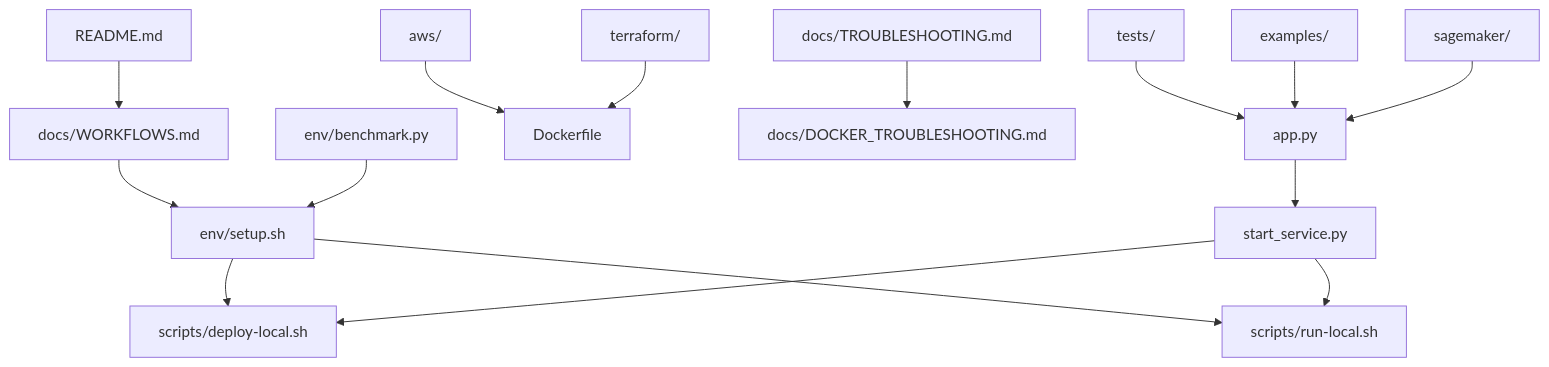
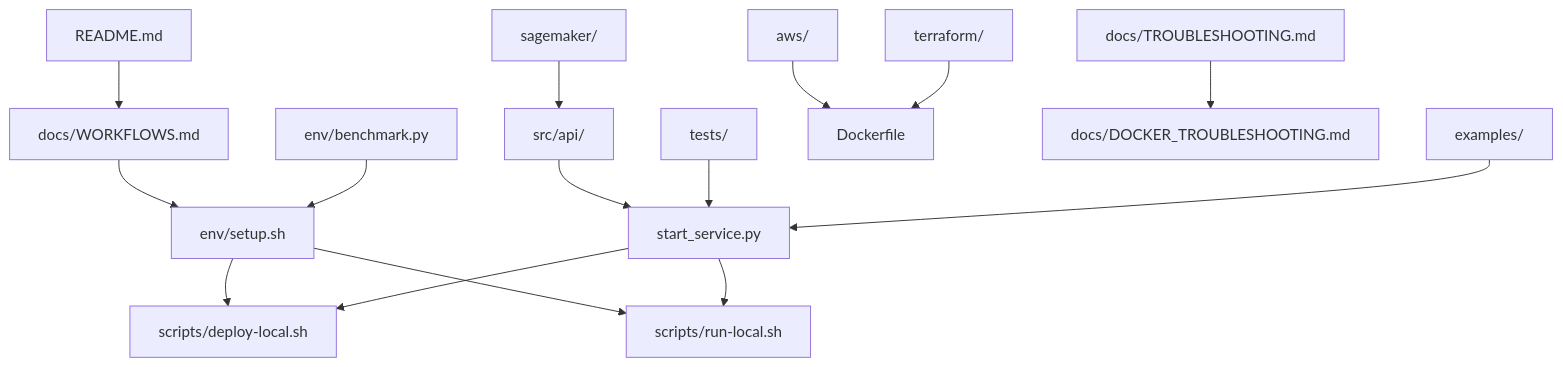
Before and after one commit to vvkharivallabha/indic_seamless_service: the diagram in PROJECT_STRUCTURE.md, drawn with Mermaid. The commit also changed other lines of this file and 46 other files, not shown here.

````diff
--- a/PROJECT_STRUCTURE.md
+++ b/PROJECT_STRUCTURE.md
@@ -209,21 +202,21 @@
 ```mermaid
 graph TD
     A[README.md] --> B[docs/WORKFLOWS.md]
     B --> C[env/setup.sh]
     C --> D[scripts/deploy-local.sh]
     C --> E[scripts/run-local.sh]
     
-    F[app.py] --> G[start_service.py]
+    F[src/api/] --> G[start_service.py]
     G --> D
     G --> E
     
-    H[tests/] --> F
-    I[examples/] --> F
+    H[tests/] --> G
+    I[examples/] --> G
     
     J[aws/] --> K[Dockerfile]
     L[terraform/] --> K
     M[sagemaker/] --> F
     
     N[docs/TROUBLESHOOTING.md] --> O[docs/DOCKER_TROUBLESHOOTING.md]
     P[env/benchmark.py] --> C
 ```
````
